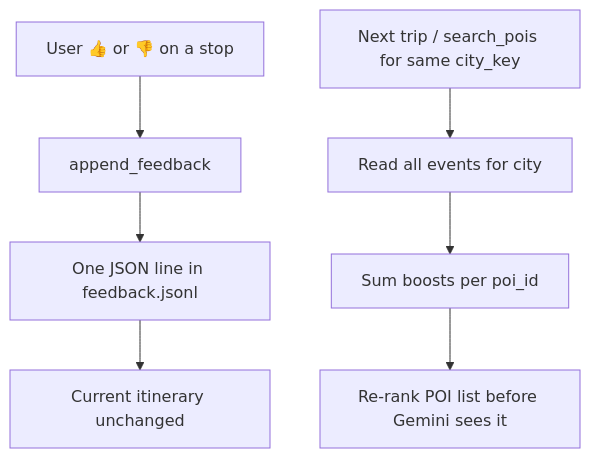
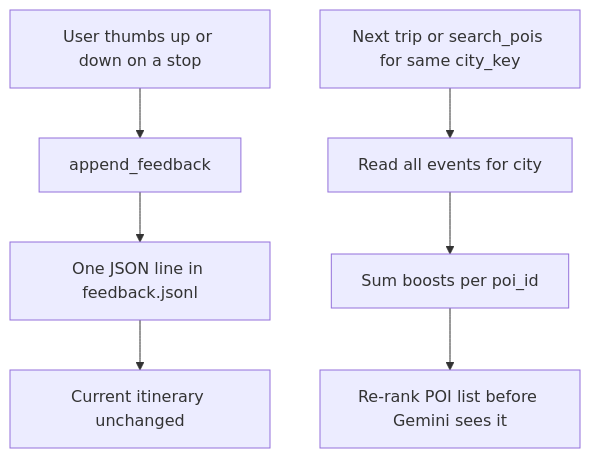
Diagram 15 of 19 in info.md (guptaastha1427/Trip-Planner), drawn with Mermaid before and after one commit. The commit also changed other lines of this file and 4 other files, not shown here.

````diff
--- a/info.md
+++ b/info.md
@@ -484,10 +485,10 @@
 ```mermaid
 flowchart TD
-  U[User 👍 or 👎 on a stop] --> A[append_feedback]
+  U[User thumbs up or down on a stop] --> A[append_feedback]
   A --> J[One JSON line in feedback.jsonl]
   J --> X[Current itinerary unchanged]
-  N[Next trip / search_pois for same city_key]
+  N[Next trip or search_pois for same city_key]
   N --> R[Read all events for city]
   R --> B[Sum boosts per poi_id]
   B --> S[Re-rank POI list before Gemini sees it]
 ```
````
